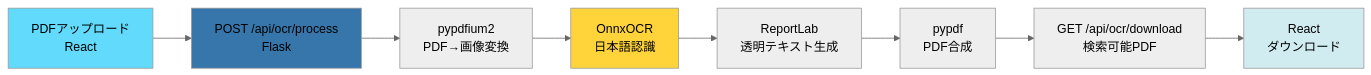
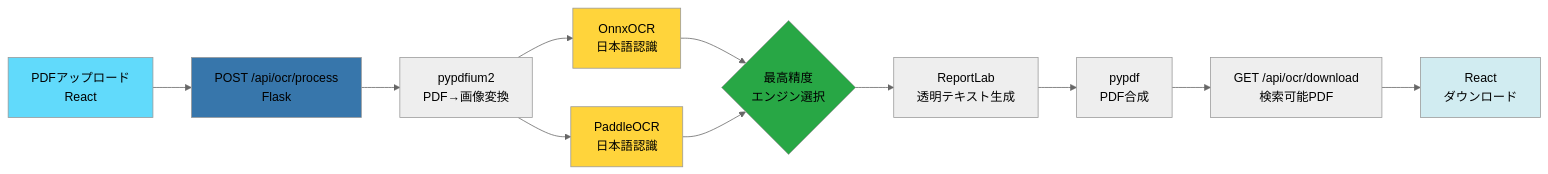
The first of 5 diagrams in specs/001-OCR-PDF-Converter/spec.md (J1921604/OCR-PDF-Converter), drawn with Mermaid (neutral theme) before and after one commit. The commit also changed other lines of this file and 1 other file, not shown here.

````diff
--- a/specs/001-OCR-PDF-Converter/spec.md
+++ b/specs/001-OCR-PDF-Converter/spec.md
@@ -21,15 +25,20 @@
 ```mermaid
 flowchart LR
     A[PDFアップロード<br/>React] --> B[POST /api/ocr/process<br/>Flask]
     B --> C[pypdfium2<br/>PDF→画像変換]
-    C --> D[OnnxOCR<br/>日本語認識]
-    D --> E[ReportLab<br/>透明テキスト生成]
-    E --> F[pypdf<br/>PDF合成]
-    F --> G[GET /api/ocr/download<br/>検索可能PDF]
-    G --> H[React<br/>ダウンロード]
+    C --> D1[OnnxOCR<br/>日本語認識]
+    C --> D2[PaddleOCR<br/>日本語認識]
+    D1 --> E{最高精度<br/>エンジン選択}
+    D2 --> E
+    E --> F[ReportLab<br/>透明テキスト生成]
+    F --> G[pypdf<br/>PDF合成]
+    G --> H[GET /api/ocr/download<br/>検索可能PDF]
+    H --> I[React<br/>ダウンロード]
     
     style A fill:#61dafb
     style B fill:#3776ab
-    style D fill:#ffd43b
-    style H fill:#d1ecf1
+    style D1 fill:#ffd43b
+    style D2 fill:#ffd43b
+    style E fill:#28a745
+    style I fill:#d1ecf1
 ```
````
